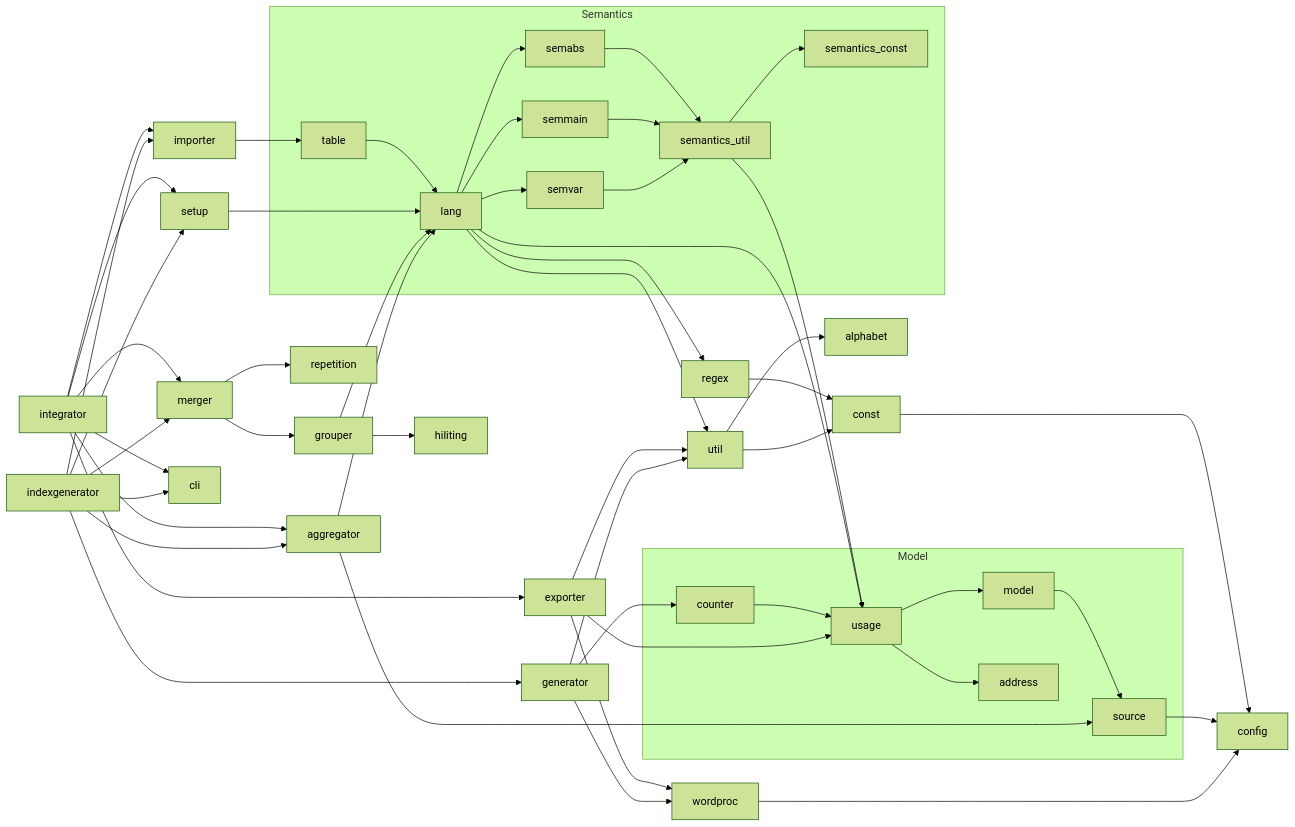
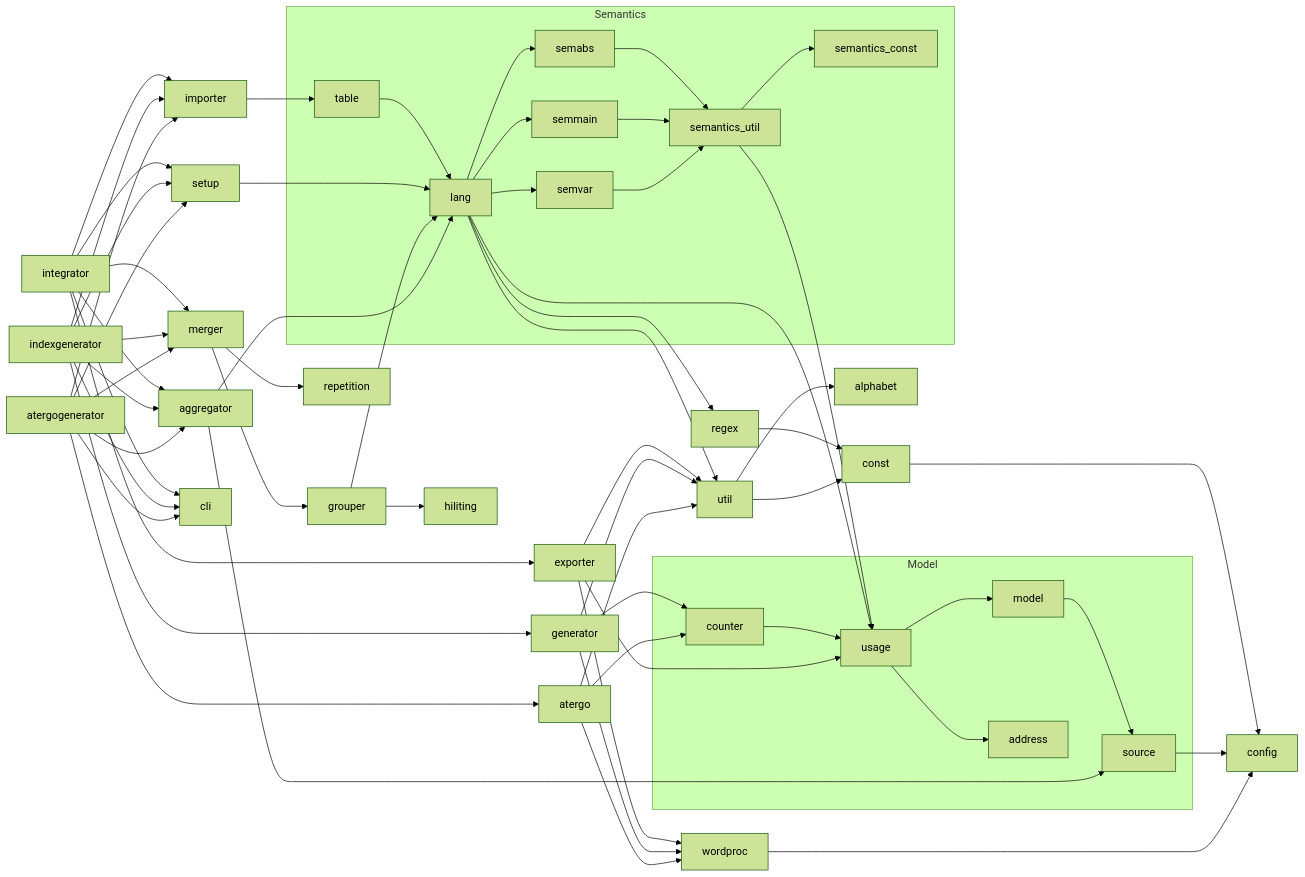
One commit to mapto/UchitelnoEvangelie changed the third of 3 diagrams in integrator/README.md. Above: the diagram before and after it, drawn with Mermaid (forest theme). The commit also changed other lines of this file and 9 other files, not shown here.

````diff
--- a/integrator/README.md
+++ b/integrator/README.md
@@ -128,44 +134,45 @@
 ```mermaid
 graph LR
   const --> config
   regex --> const
   util --> const
   util --> alphabet 
   source --> config
 
   subgraph Model
     model --> source
     usage --> address
     usage --> model
     counter --> usage
   end
   semantics_util --> usage
   lang --> regex & util & usage
   
   subgraph Semantics
     semantics_util --> semantics_const
     semabs & semmain & semvar --> semantics_util
     lang --> semabs & semmain & semvar
     table --> lang 
   end
   setup --> lang
 
   grouper --> lang
   grouper --> hiliting
   merger --> grouper 
   merger --> repetition
 
   aggregator --> source
   aggregator --> lang
 
   importer --> table
 
   wordproc --> config
   exporter --> usage
 
-  exporter & generator --> util & wordproc
+  exporter & generator & atergo --> util & wordproc
   integrator --> exporter
-  generator --> counter
+  generator & atergo --> counter
   indexgenerator --> generator
-  integrator & indexgenerator -->  setup & importer & merger & aggregator & cli
+  atergogenerator --> atergo
+  integrator & indexgenerator & atergogenerator -->  setup & importer & merger & aggregator & cli
 ```
````
